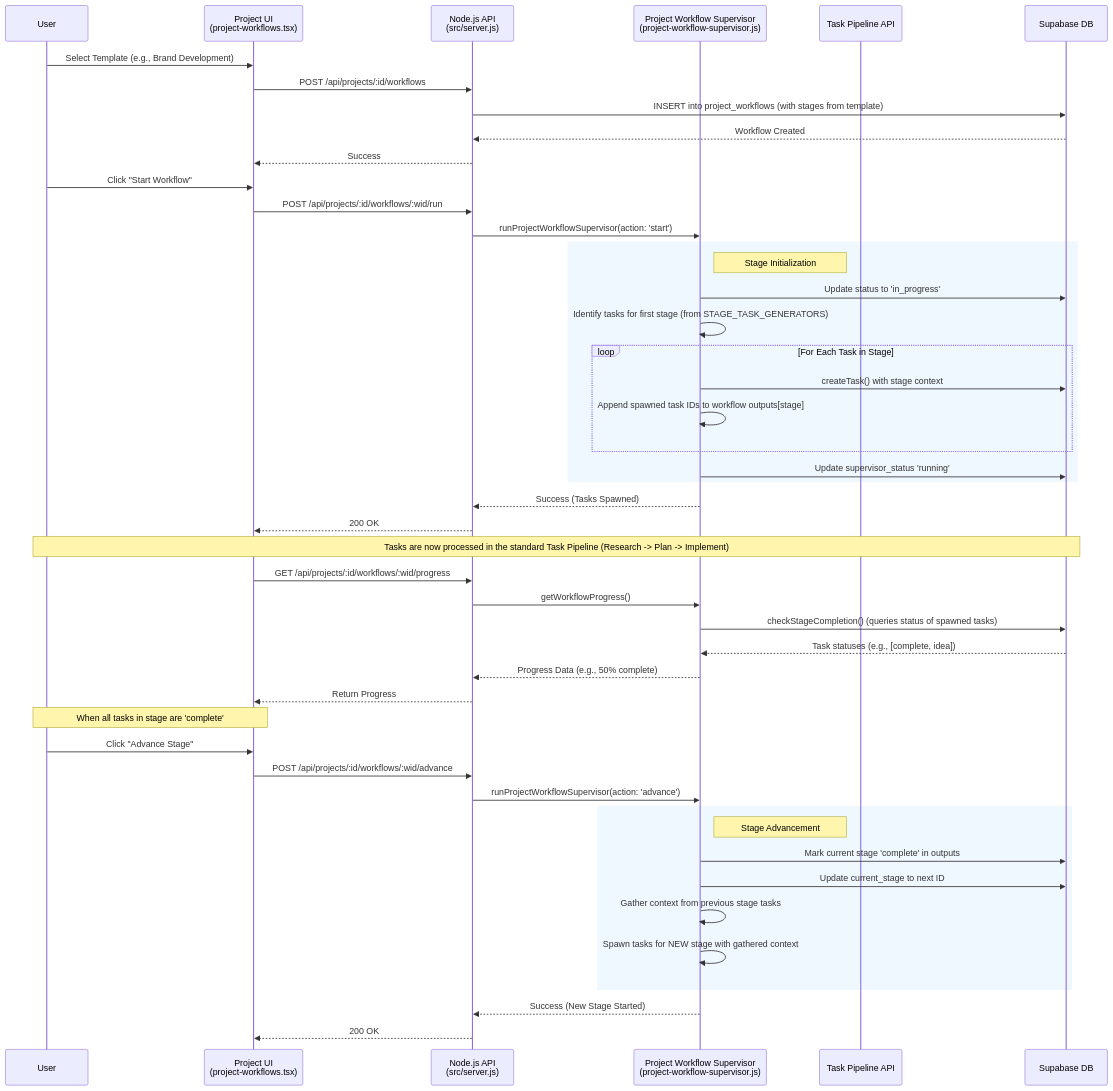
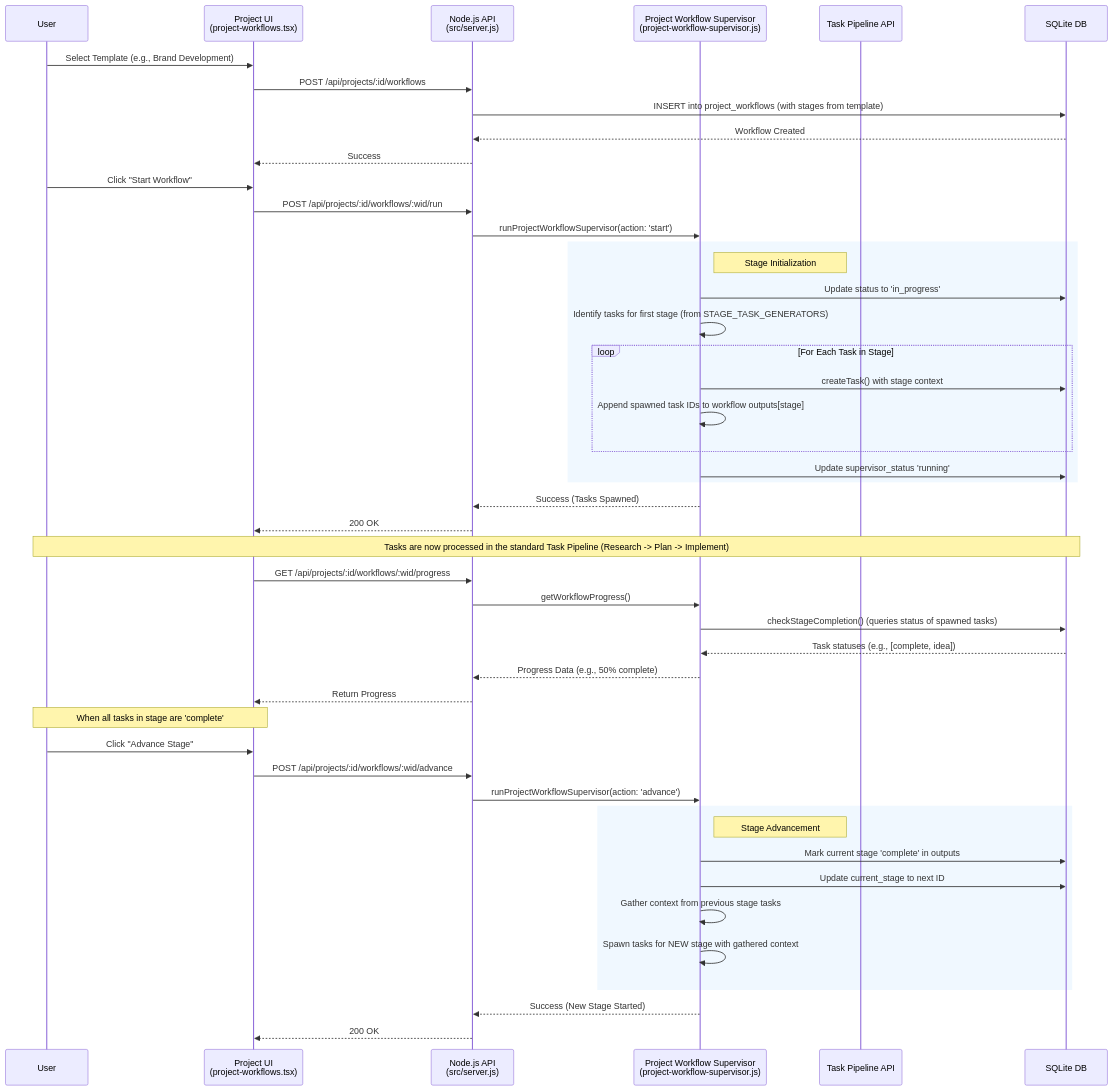
One commit to VibeShiftAI/TheNexus changed the first of 2 diagrams in .context/project-workflow-map.md. Above: the diagram before and after it, drawn with Mermaid. The commit also changed other lines of this file and 5 other files, not shown here.

````diff
--- a/.context/project-workflow-map.md
+++ b/.context/project-workflow-map.md
@@ -13,65 +13,65 @@
 ```mermaid
 sequenceDiagram
     participant User
     participant Frontend as Project UI<br>(project-workflows.tsx)
     participant API as Node.js API<br>(src/server.js)
     participant Supervisor as Project Workflow Supervisor<br>(project-workflow-supervisor.js)
     participant TaskAPI as Task Pipeline API
-    participant DB as Supabase DB
+    participant DB as SQLite DB
 
     %% Creation
     User->>Frontend: Select Template (e.g., Brand Development)
     Frontend->>API: POST /api/projects/:id/workflows
     API->>DB: INSERT into project_workflows (with stages from template)
     DB-->>API: Workflow Created
     API-->>Frontend: Success
 
     %% Execution (Start)
     User->>Frontend: Click "Start Workflow"
     Frontend->>API: POST /api/projects/:id/workflows/:wid/run
     API->>Supervisor: runProjectWorkflowSupervisor(action: 'start')
     
     rect rgb(240, 248, 255)
         note right of Supervisor: Stage Initialization
         Supervisor->>DB: Update status to 'in_progress'
         Supervisor->>Supervisor: Identify tasks for first stage (from STAGE_TASK_GENERATORS)
         
         loop For Each Task in Stage
             Supervisor->>DB: createTask() with stage context
             Supervisor->>Supervisor: Append spawned task IDs to workflow outputs[stage]
         end
         
         Supervisor->>DB: Update supervisor_status 'running'
     end
     
     Supervisor-->>API: Success (Tasks Spawned)
     API-->>Frontend: 200 OK
 
     %% Task Pipeline Interaction
     note over User, DB: Tasks are now processed in the standard Task Pipeline (Research -> Plan -> Implement)
     
     %% Progress Tracking
     Frontend->>API: GET /api/projects/:id/workflows/:wid/progress
     API->>Supervisor: getWorkflowProgress()
     Supervisor->>DB: checkStageCompletion() (queries status of spawned tasks)
     DB-->>Supervisor: Task statuses (e.g., [complete, idea])
     Supervisor-->>API: Progress Data (e.g., 50% complete)
     API-->>Frontend: Return Progress
 
     %% Advancing
     note over User, Frontend: When all tasks in stage are 'complete'
     User->>Frontend: Click "Advance Stage"
     Frontend->>API: POST /api/projects/:id/workflows/:wid/advance
     API->>Supervisor: runProjectWorkflowSupervisor(action: 'advance')
     
     rect rgb(240, 248, 255)
         note right of Supervisor: Stage Advancement
         Supervisor->>DB: Mark current stage 'complete' in outputs
         Supervisor->>DB: Update current_stage to next ID
         Supervisor->>Supervisor: Gather context from previous stage tasks
         Supervisor->>Supervisor: Spawn tasks for NEW stage with gathered context
     end
     
     Supervisor-->>API: Success (New Stage Started)
     API-->>Frontend: 200 OK
 ```
````
